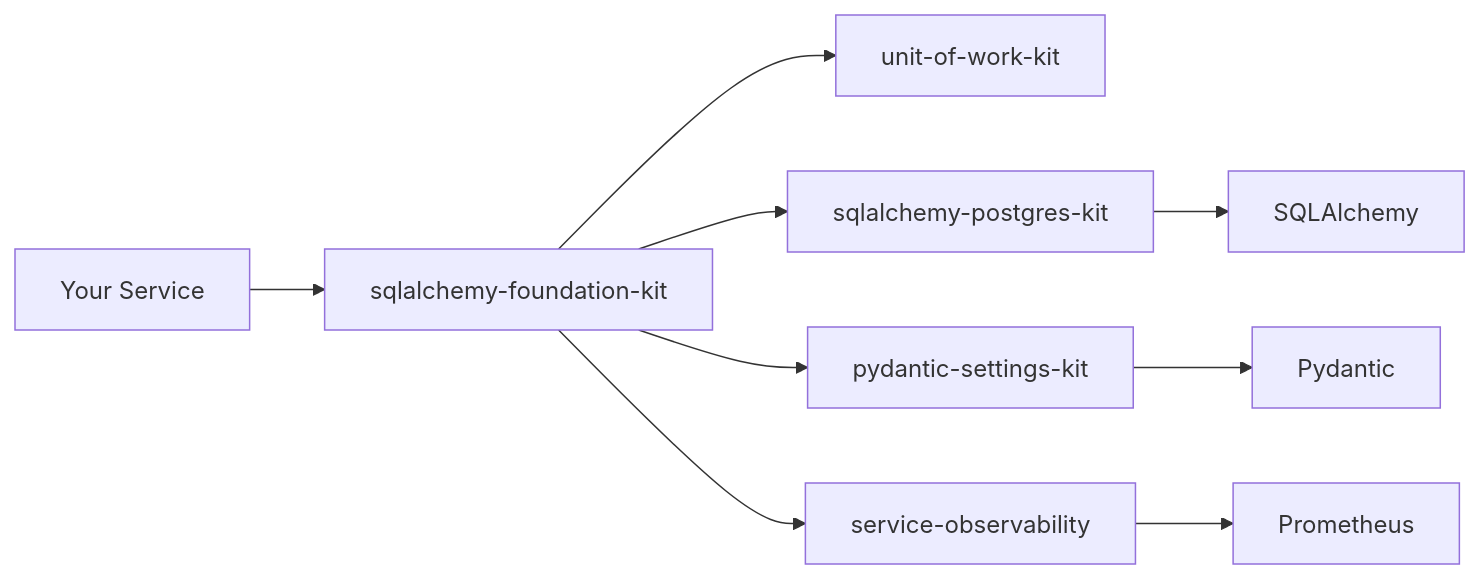
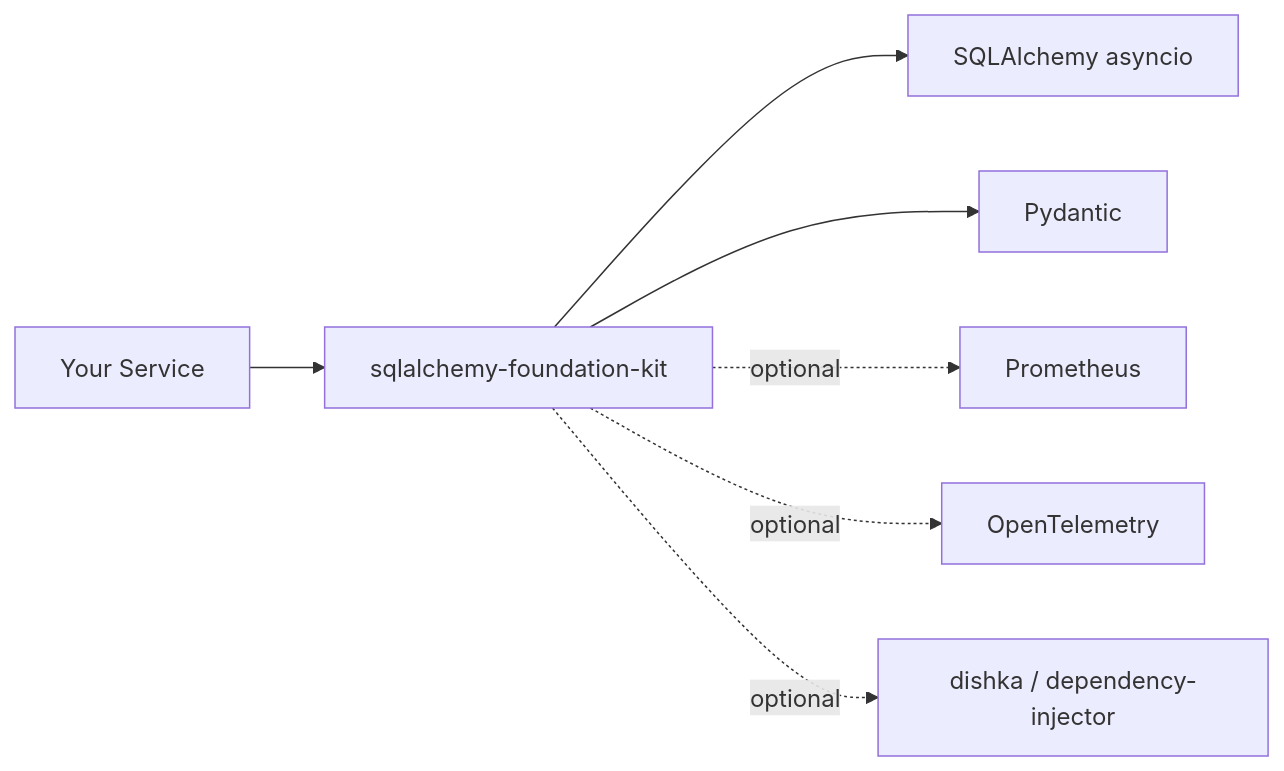
The diagram in README.md (bedrock-python/sqlalchemy-foundation-kit), drawn with Mermaid before and after one commit. The commit also changed other lines of this file and 73 other files, not shown here.

Commit message:
feat(contrib): add dependency-injector support, rename di to dishka, add test suite

````diff
--- a/README.md
+++ b/README.md
@@ -289,11 +340,9 @@
 ```mermaid
 graph LR
     A[Your Service] --> B[sqlalchemy-foundation-kit]
-    B --> C[unit-of-work-kit]
-    B --> D[sqlalchemy-postgres-kit]
-    B --> E[pydantic-settings-kit]
-    B --> F[service-observability]
-    D --> G[SQLAlchemy]
-    E --> H[Pydantic]
-    F --> I[Prometheus]
+    B --> C[SQLAlchemy asyncio]
+    B --> D[Pydantic]
+    B -.optional.-> E[Prometheus]
+    B -.optional.-> F[OpenTelemetry]
+    B -.optional.-> G[dishka / dependency-injector]
 ```
````
